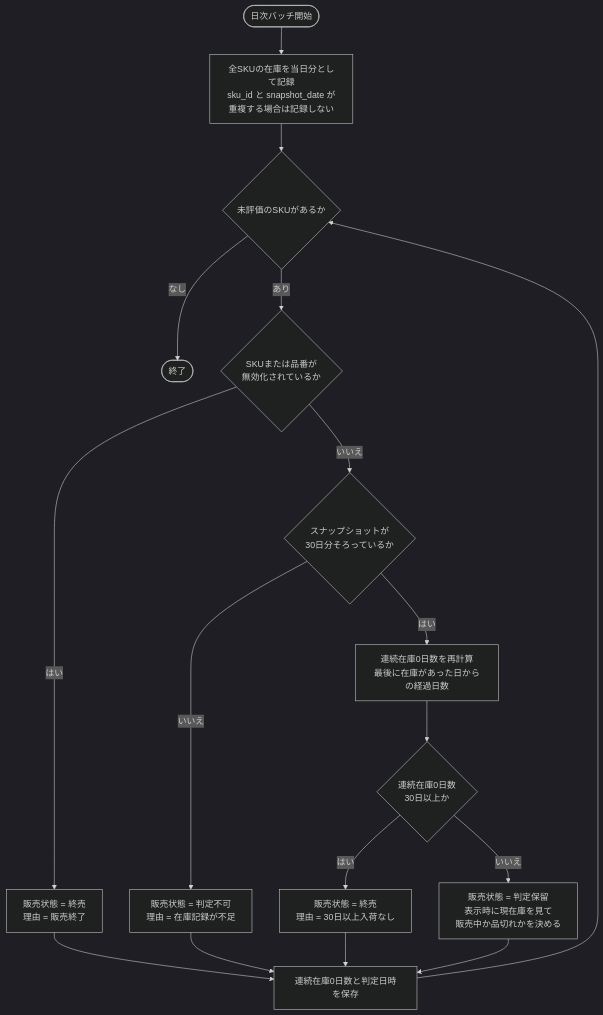
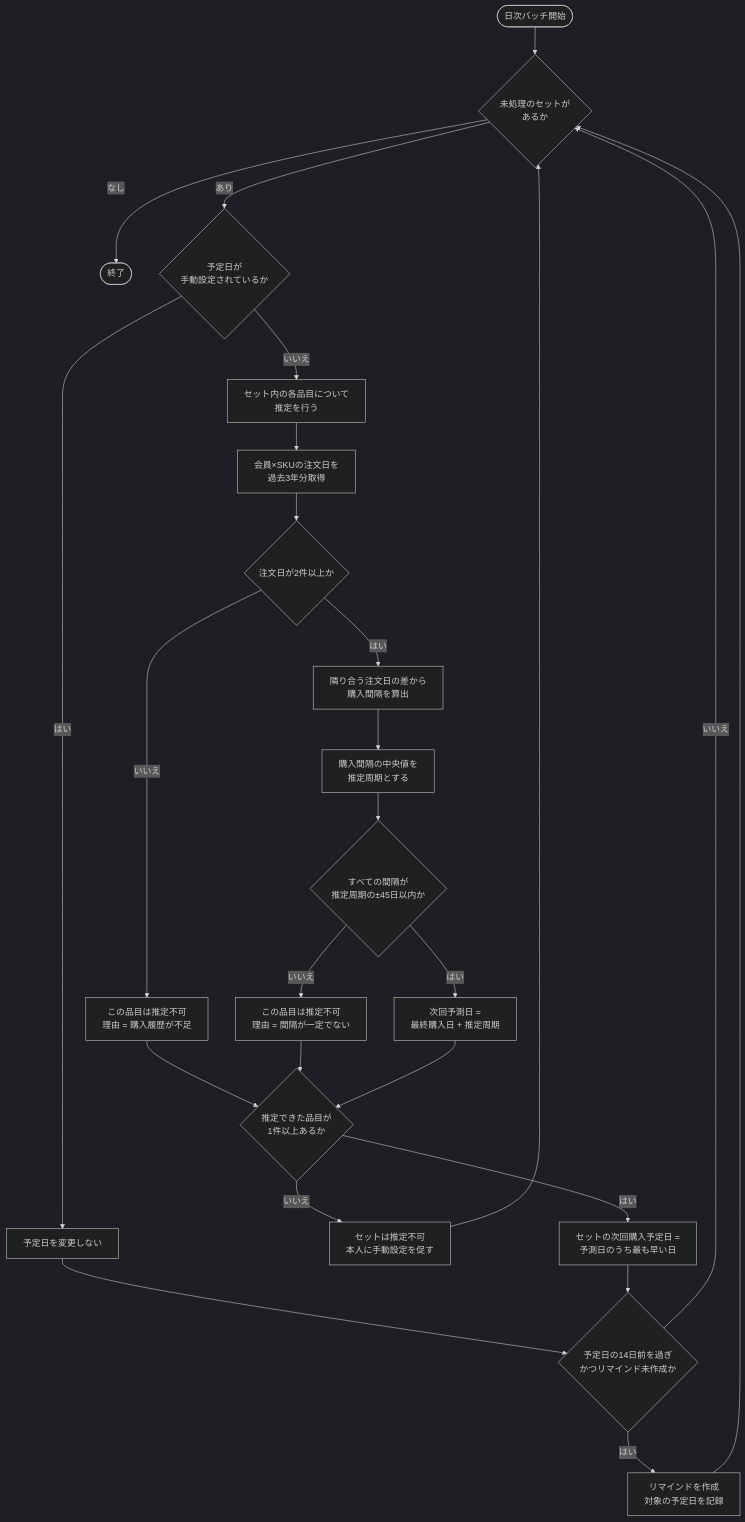
The third of 11 diagrams in 設計仕様書.md (Nagaoka122/tech0-lv3-ec), drawn with Mermaid (dark theme) before and after one commit. The commit also changed other lines of this file and 3 other files, not shown here.

````diff
--- a/設計仕様書.md
+++ b/設計仕様書.md
@@ -97,19 +101,30 @@
 ```mermaid
 flowchart TD
-    START([日次バッチ開始]) --> SNAP["全SKUの在庫を当日分として記録<br/>sku_id と snapshot_date が重複する場合は記録しない"]
-    SNAP --> LOOP{"未評価のSKUがあるか"}
-    LOOP -->|なし| FIN([終了])
-    LOOP -->|あり| VALID{"SKUまたは品番が<br/>無効化されているか"}
-    VALID -->|はい| DISC1["販売状態 = 終売<br/>理由 = 販売終了"]
-    VALID -->|いいえ| ENOUGH{"スナップショットが<br/>30日分そろっているか"}
-    ENOUGH -->|いいえ| UNKNOWN["販売状態 = 判定不可<br/>理由 = 在庫記録が不足"]
-    ENOUGH -->|はい| CALC["連続在庫0日数を再計算<br/>最後に在庫があった日からの経過日数"]
-    CALC --> ZERO{"連続在庫0日数<br/>30日以上か"}
-    ZERO -->|はい| DISC2["販売状態 = 終売<br/>理由 = 30日以上入荷なし"]
-    ZERO -->|いいえ| PEND["販売状態 = 判定保留<br/>表示時に現在庫を見て<br/>販売中か品切れかを決める"]
-    DISC1 --> SAVE["連続在庫0日数と判定日時を保存"]
-    DISC2 --> SAVE
-    UNKNOWN --> SAVE
-    PEND --> SAVE
-    SAVE --> LOOP
+    START([日次バッチ開始]) --> SETLOOP{"未処理のセットが<br/>あるか"}
+    SETLOOP -->|なし| FIN([終了])
+    SETLOOP -->|あり| MANUAL{"予定日が<br/>手動設定されているか"}
+    MANUAL -->|はい| KEEP["予定日を変更しない"]
+    MANUAL -->|いいえ| ITEMLOOP["セット内の各品目について<br/>推定を行う"]
+
+    ITEMLOOP --> HIST["会員×SKUの注文日を<br/>過去3年分取得"]
+    HIST --> COUNT{"注文日が2件以上か"}
+    COUNT -->|いいえ| NG1["この品目は推定不可<br/>理由 = 購入履歴が不足"]
+    COUNT -->|はい| GAP["隣り合う注文日の差から<br/>購入間隔を算出"]
+    GAP --> MED["購入間隔の中央値を<br/>推定周期とする"]
+    MED --> VAR{"すべての間隔が<br/>推定周期の±45日以内か"}
+    VAR -->|いいえ| NG2["この品目は推定不可<br/>理由 = 間隔が一定でない"]
+    VAR -->|はい| OK["次回予測日 =<br/>最終購入日 + 推定周期"]
+
+    NG1 --> AGG
+    NG2 --> AGG
+    OK --> AGG{"推定できた品目が<br/>1件以上あるか"}
+    AGG -->|いいえ| NONE["セットは推定不可<br/>本人に手動設定を促す"]
+    AGG -->|はい| EARLIEST["セットの次回購入予定日 =<br/>予測日のうち最も早い日"]
+
+    KEEP --> REMIND
+    NONE --> SETLOOP
+    EARLIEST --> REMIND{"予定日の14日前を過ぎ<br/>かつリマインド未作成か"}
+    REMIND -->|いいえ| SETLOOP
+    REMIND -->|はい| MAKE["リマインドを作成<br/>対象の予定日を記録"]
+    MAKE --> SETLOOP
 ```
````
